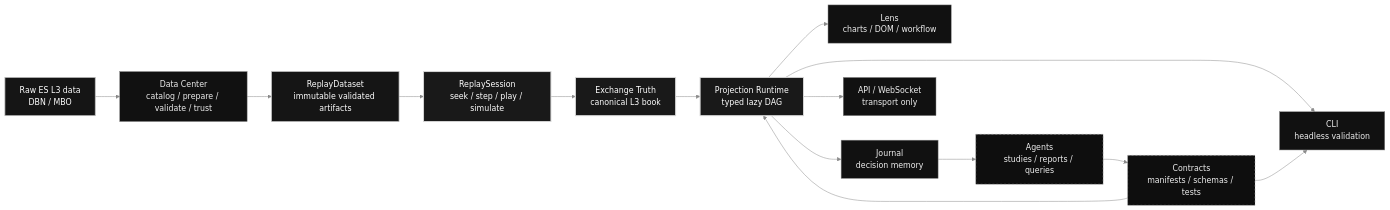
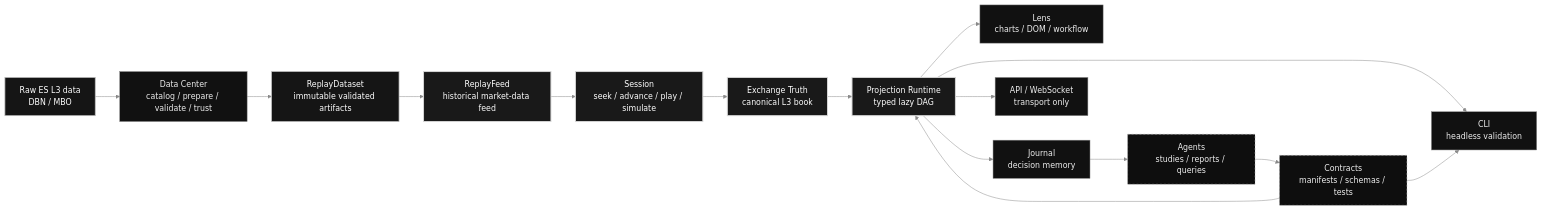
The first of 3 diagrams in README.md (epicchetan/ledger), drawn with Mermaid before and after one commit. The commit also changed other lines of this file and 27 other files, not shown here.

First line of the commit message:
refactor replay into feed-driven sessions

````diff
--- a/README.md
+++ b/README.md
@@ -25,39 +25,41 @@
 ```mermaid
 %%{init: {"theme": "base", "themeVariables": {"background": "transparent", "primaryColor": "#111111", "primaryTextColor": "#e7e7e7", "primaryBorderColor": "#777777", "lineColor": "#8a8a8a", "secondaryColor": "#171717", "tertiaryColor": "#0d0d0d", "fontFamily": "ui-monospace, SFMono-Regular, Menlo, Consolas, monospace"}}}%%
 flowchart LR
   classDef durable fill:#151515,stroke:#bbbbbb,color:#fff,stroke-width:1.5px;
   classDef runtime fill:#191919,stroke:#d6d6d6,color:#fff,stroke-width:2px;
   classDef surface fill:#111111,stroke:#888,color:#eee;
   classDef agent fill:#0e0e0e,stroke:#aaaaaa,color:#eee,stroke-dasharray:4 4;
 
   Raw["Raw ES L3 data<br/>DBN / MBO"]:::durable
   DataCenter["Data Center<br/>catalog / prepare / validate / trust"]:::surface
   Dataset["ReplayDataset<br/>immutable validated artifacts"]:::durable
-  Session["ReplaySession<br/>seek / step / play / simulate"]:::runtime
+  Feed["ReplayFeed<br/>historical market-data feed"]:::runtime
+  Session["Session<br/>seek / advance / play / simulate"]:::runtime
   Truth["Exchange Truth<br/>canonical L3 book"]:::runtime
   Projections["Projection Runtime<br/>typed lazy DAG"]:::runtime
 
   Lens["Lens<br/>charts / DOM / workflow"]:::surface
   CLI["CLI<br/>headless validation"]:::surface
   Journal["Journal<br/>decision memory"]:::surface
   API["API / WebSocket<br/>transport only"]:::surface
 
   Contracts["Contracts<br/>manifests / schemas / tests"]:::agent
   Agents["Agents<br/>studies / reports / queries"]:::agent
 
   Raw --> DataCenter
   DataCenter --> Dataset
-  Dataset --> Session
+  Dataset --> Feed
+  Feed --> Session
   Session --> Truth
   Truth --> Projections
 
   Projections --> Lens
   Projections --> CLI
   Projections --> Journal
   Projections --> API
 
   Contracts --> Projections
   Contracts --> CLI
   Agents --> Contracts
   Journal --> Agents
 ```
````
